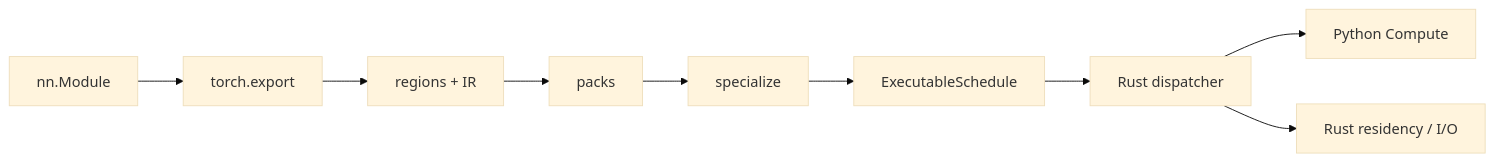
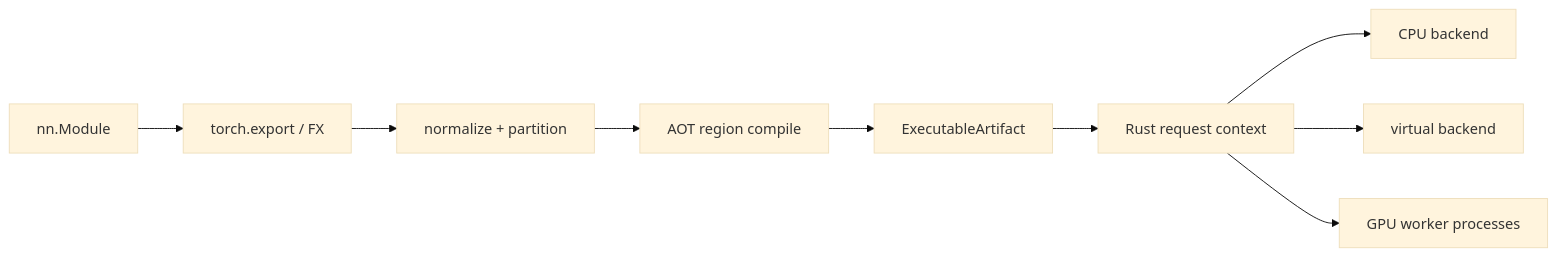
The diagram in docs/architecture.md (alhussein-jamil/TensorTorrent), drawn with Mermaid (base theme) before and after one commit. The commit also changed other lines of this file and 209 other files, not shown here.

````diff
--- a/docs/architecture.md
+++ b/docs/architecture.md
@@ -9,11 +5,11 @@
 ```mermaid
 flowchart LR
-  M[nn.Module] --> E[torch.export]
-  E --> R[regions + IR]
-  R --> P[packs]
-  P --> S[specialize]
-  S --> Q[ExecutableSchedule]
-  Q --> X[Rust dispatcher]
-  X --> C[Python Compute]
-  X --> N[Rust residency / I/O]
+  M[nn.Module] --> E[torch.export / FX]
+  E --> N[normalize + partition]
+  N --> A[AOT region compile]
+  A --> ART[ExecutableArtifact]
+  ART --> RT[Rust request context]
+  RT --> CPU[CPU backend]
+  RT --> VIRT[virtual backend]
+  RT --> GPU[GPU worker processes]
 ```
````
